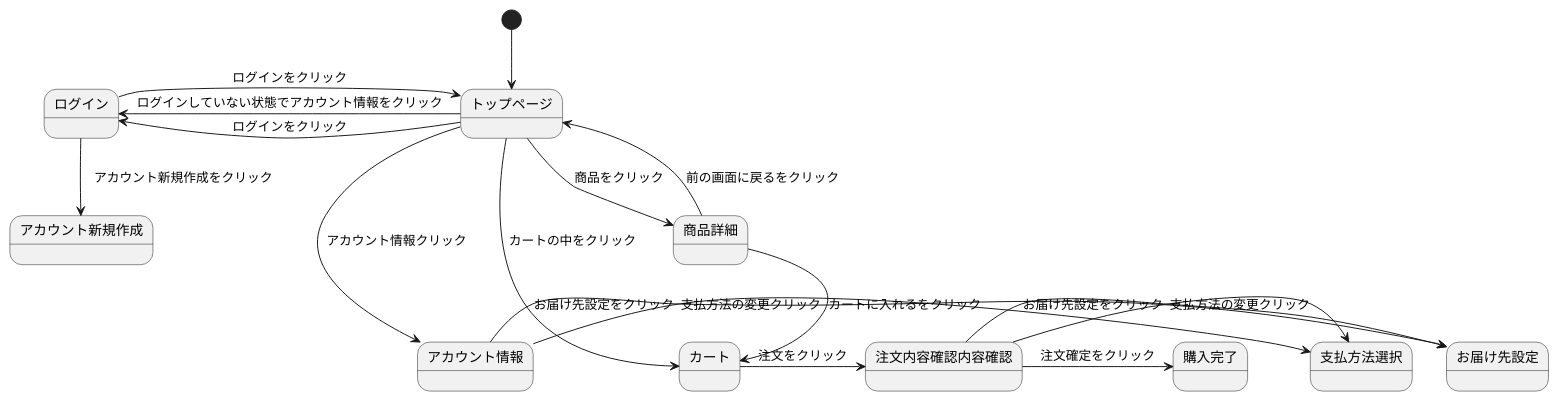
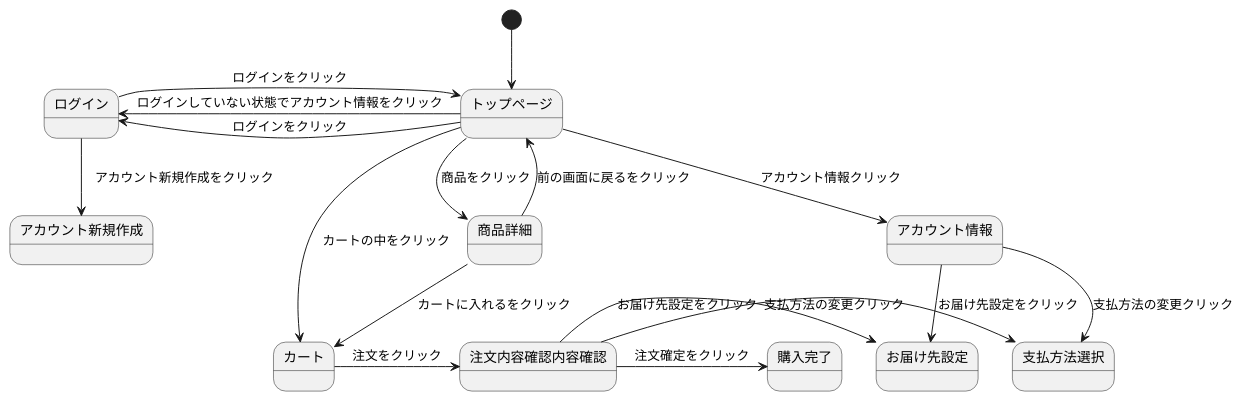
The diagram in sumple_01.md (Aso2001133/2021sys-design), drawn with PlantUML before and after one commit.

````diff
--- a/sumple_01.md
+++ b/sumple_01.md
@@ -1,35 +1,35 @@
 ```uml
 @startuml
 [*] --> トップページ 
 
 トップページ -right-> アカウント情報 : アカウント情報クリック 
 
 トップページ -left-> ログイン : ログインをクリック
 
 トップページ -left-> ログイン : ログインしていない状態でアカウント情報をクリック
 
 トップページ --> 商品詳細 : 商品をクリック 
 
 トップページ ---> カート : カートの中をクリック 
 
 ログイン -> トップページ : ログインをクリック
 
 ログイン --> アカウント新規作成 :　アカウント新規作成をクリック
 
-アカウント情報 -> お届け先設定 : お届け先設定をクリック 
+アカウント情報 --> お届け先設定 : お届け先設定をクリック 
 
-アカウント情報 -> 支払方法選択 : 支払方法の変更クリック
+アカウント情報 --> 支払方法選択 : 支払方法の変更クリック
 
 商品詳細 --> カート : カートに入れるをクリック 
 
 商品詳細 --> トップページ : 前の画面に戻るをクリック 
 
 カート -> 注文内容確認内容確認 : 注文をクリック 
 
 注文内容確認内容確認 -> お届け先設定 : お届け先設定をクリック 
 
 注文内容確認内容確認 -> 支払方法選択 : 支払方法の変更クリック
 
 注文内容確認内容確認 -> 購入完了 : 注文確定をクリック 
 @enduml
 ```
````
